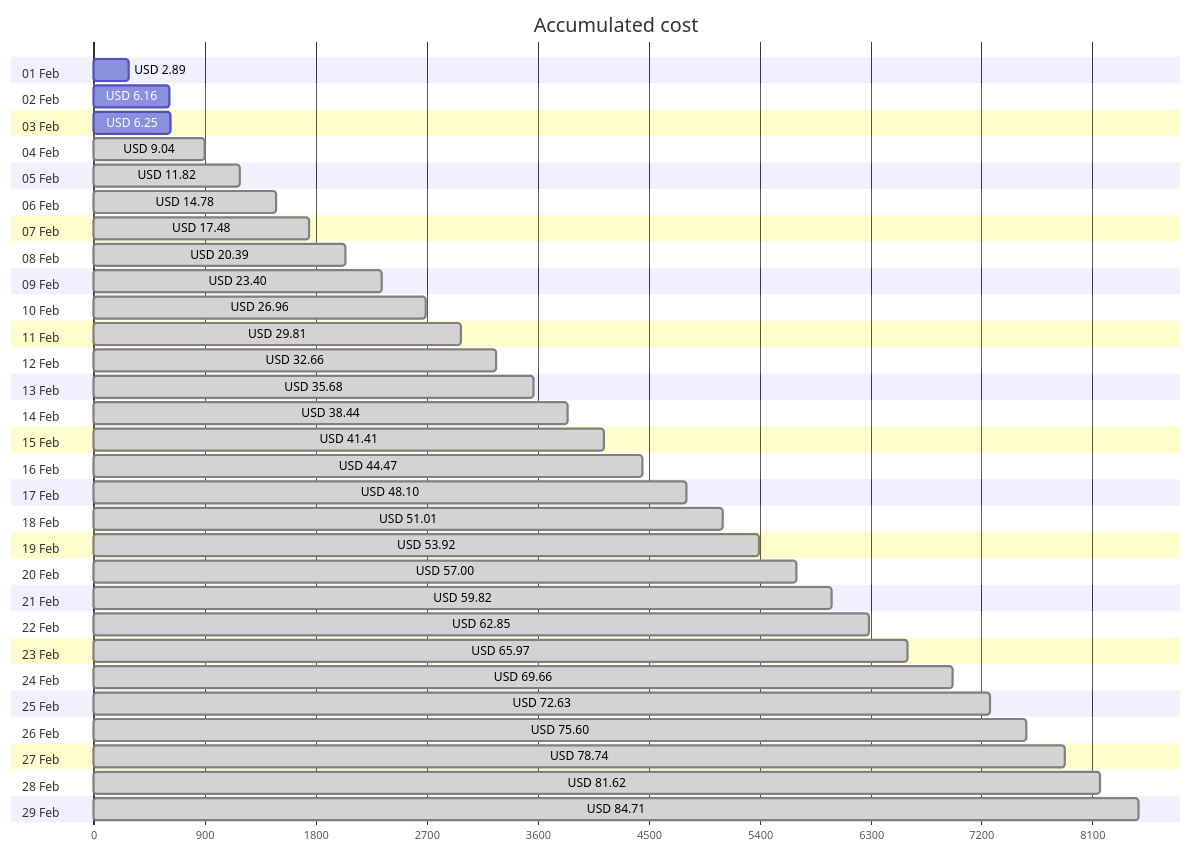
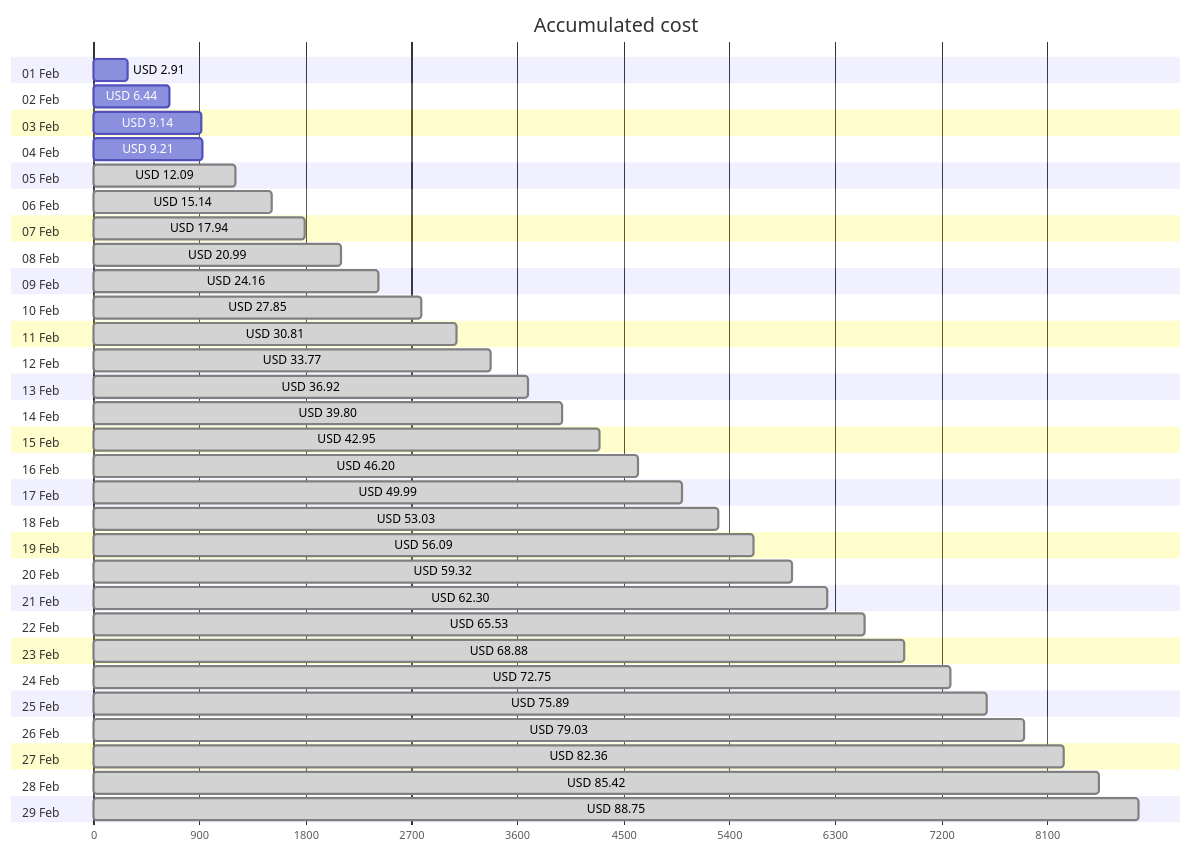
The first of 4 diagrams in cost-reports/accumulated-cost.md (jpfulton/azure-personal-reports), drawn with Mermaid before and after one commit. The commit also changed other lines of this file and 4 other files, not shown here.

````diff
--- a/cost-reports/accumulated-cost.md
+++ b/cost-reports/accumulated-cost.md
@@ -20,64 +20,64 @@
 ```mermaid
 gantt
    title Accumulated cost
    dateFormat  X
    axisFormat %s
    section 01 Feb
-   USD 2.89 :0, 289
+   USD 2.91 :0, 291
    section 02 Feb
-   USD 6.16 :0, 616
+   USD 6.44 :0, 644
    section 03 Feb
-   USD 6.25 :0, 625
+   USD 9.14 :0, 914
    section 04 Feb
-   USD 9.04 : done, 0, 904
+   USD 9.21 :0, 921
    section 05 Feb
-   USD 11.82 : done, 0, 1182
+   USD 12.09 : done, 0, 1209
    section 06 Feb
-   USD 14.78 : done, 0, 1478
+   USD 15.14 : done, 0, 1514
    section 07 Feb
-   USD 17.48 : done, 0, 1748
+   USD 17.94 : done, 0, 1794
    section 08 Feb
-   USD 20.39 : done, 0, 2039
+   USD 20.99 : done, 0, 2099
    section 09 Feb
-   USD 23.40 : done, 0, 2340
+   USD 24.16 : done, 0, 2416
    section 10 Feb
-   USD 26.96 : done, 0, 2696
+   USD 27.85 : done, 0, 2785
    section 11 Feb
-   USD 29.81 : done, 0, 2981
+   USD 30.81 : done, 0, 3081
    section 12 Feb
-   USD 32.66 : done, 0, 3266
+   USD 33.77 : done, 0, 3377
    section 13 Feb
-   USD 35.68 : done, 0, 3568
+   USD 36.92 : done, 0, 3692
    section 14 Feb
-   USD 38.44 : done, 0, 3844
+   USD 39.80 : done, 0, 3980
    section 15 Feb
-   USD 41.41 : done, 0, 4141
+   USD 42.95 : done, 0, 4295
    section 16 Feb
-   USD 44.47 : done, 0, 4447
+   USD 46.20 : done, 0, 4620
    section 17 Feb
-   USD 48.10 : done, 0, 4810
+   USD 49.99 : done, 0, 4999
    section 18 Feb
-   USD 51.01 : done, 0, 5101
+   USD 53.03 : done, 0, 5303
    section 19 Feb
-   USD 53.92 : done, 0, 5392
+   USD 56.09 : done, 0, 5609
    section 20 Feb
-   USD 57.00 : done, 0, 5700
+   USD 59.32 : done, 0, 5932
    section 21 Feb
-   USD 59.82 : done, 0, 5982
+   USD 62.30 : done, 0, 6230
    section 22 Feb
-   USD 62.85 : done, 0, 6285
+   USD 65.53 : done, 0, 6553
    section 23 Feb
-   USD 65.97 : done, 0, 6597
+   USD 68.88 : done, 0, 6888
    section 24 Feb
-   USD 69.66 : done, 0, 6966
+   USD 72.75 : done, 0, 7275
    section 25 Feb
-   USD 72.63 : done, 0, 7263
+   USD 75.89 : done, 0, 7589
    section 26 Feb
-   USD 75.60 : done, 0, 7560
+   USD 79.03 : done, 0, 7903
    section 27 Feb
-   USD 78.74 : done, 0, 7874
+   USD 82.36 : done, 0, 8236
    section 28 Feb
-   USD 81.62 : done, 0, 8162
+   USD 85.42 : done, 0, 8542
    section 29 Feb
-   USD 84.71 : done, 0, 8471
+   USD 88.75 : done, 0, 8875
 ```
````
